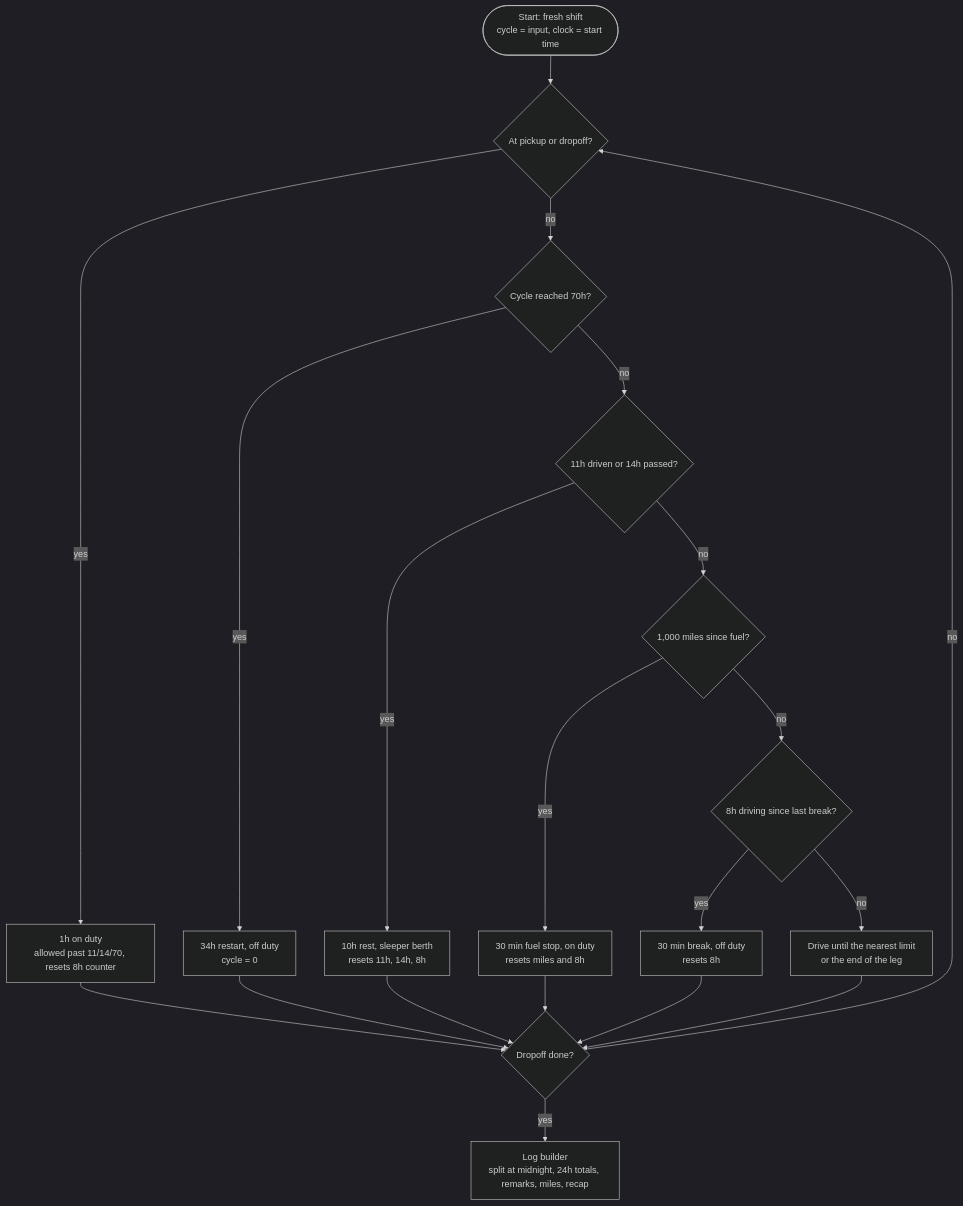
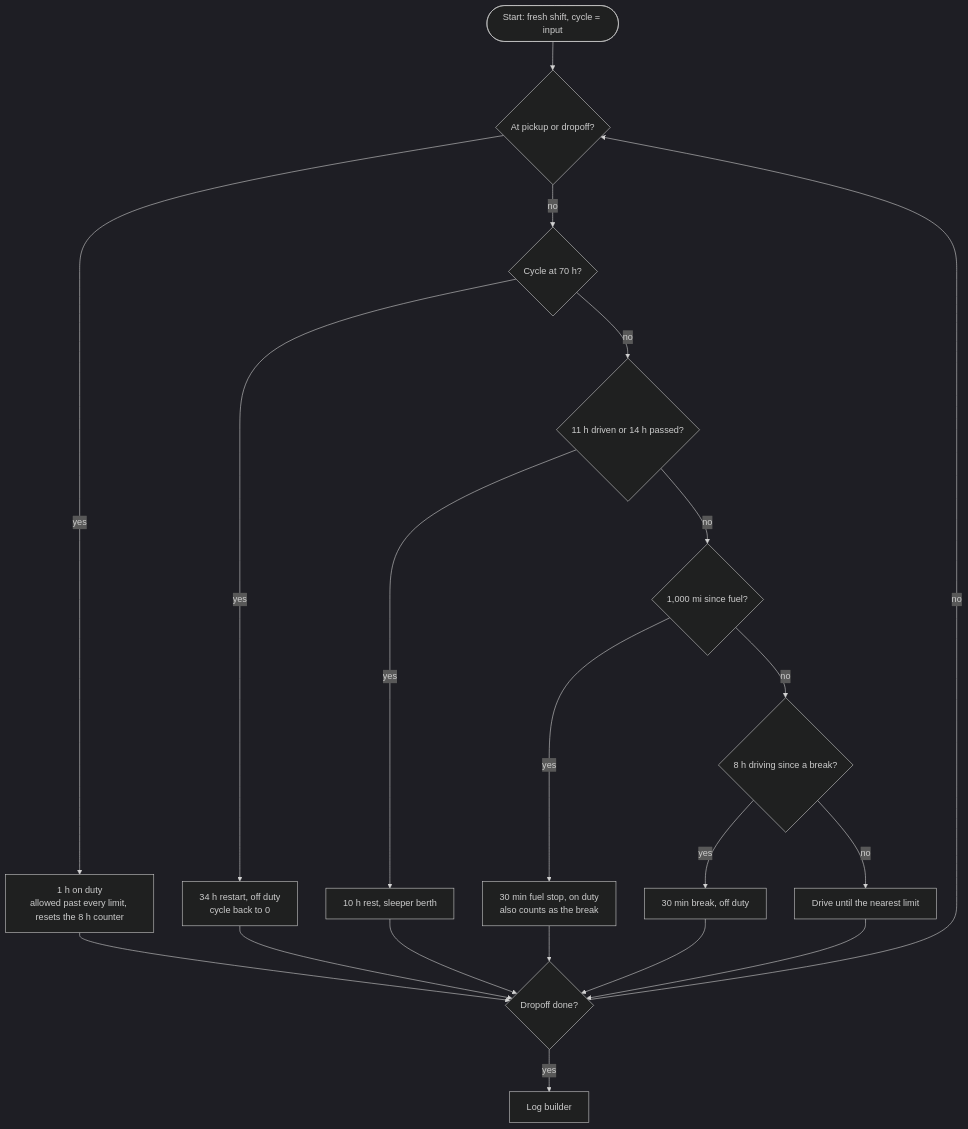
One commit to ruaa-diab/eld-trip-planner changed the second of 2 diagrams in README.md. Above: the diagram before and after it, drawn with Mermaid (dark theme). The commit also changed other lines of this file, not shown here.

````diff
--- a/README.md
+++ b/README.md
@@ -64,17 +61,17 @@
 ```mermaid
 flowchart TD
-  S([Start: fresh shift<br/>cycle = input, clock = start time]) --> Q1
-  Q1{At pickup or dropoff?} -->|yes| A1[1h on duty<br/>allowed past 11/14/70, resets 8h counter]
-  Q1 -->|no| Q2{Cycle reached 70h?}
-  Q2 -->|yes| A2[34h restart, off duty<br/>cycle = 0]
-  Q2 -->|no| Q3{11h driven or 14h passed?}
-  Q3 -->|yes| A3[10h rest, sleeper berth<br/>resets 11h, 14h, 8h]
-  Q3 -->|no| Q4{1,000 miles since fuel?}
-  Q4 -->|yes| A4[30 min fuel stop, on duty<br/>resets miles and 8h]
-  Q4 -->|no| Q5{8h driving since last break?}
-  Q5 -->|yes| A5[30 min break, off duty<br/>resets 8h]
-  Q5 -->|no| A6[Drive until the nearest limit<br/>or the end of the leg]
+  S([Start: fresh shift, cycle = input]) --> Q1
+  Q1{At pickup or dropoff?} -->|yes| A1[1 h on duty<br/>allowed past every limit, resets the 8 h counter]
+  Q1 -->|no| Q2{Cycle at 70 h?}
+  Q2 -->|yes| A2[34 h restart, off duty<br/>cycle back to 0]
+  Q2 -->|no| Q3{11 h driven or 14 h passed?}
+  Q3 -->|yes| A3[10 h rest, sleeper berth]
+  Q3 -->|no| Q4{1,000 mi since fuel?}
+  Q4 -->|yes| A4[30 min fuel stop, on duty<br/>also counts as the break]
+  Q4 -->|no| Q5{8 h driving since a break?}
+  Q5 -->|yes| A5[30 min break, off duty]
+  Q5 -->|no| A6[Drive until the nearest limit]
   A1 & A2 & A3 & A4 & A5 & A6 --> D{Dropoff done?}
   D -->|no| Q1
-  D -->|yes| L[Log builder<br/>split at midnight, 24h totals, remarks, miles, recap]
+  D -->|yes| L[Log builder]
 ```
````
